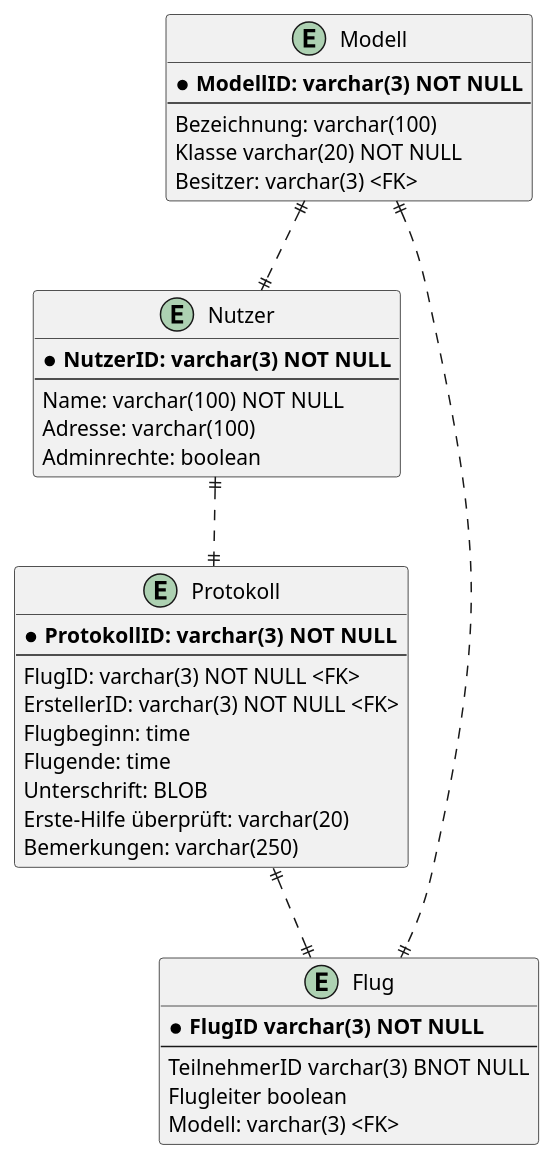
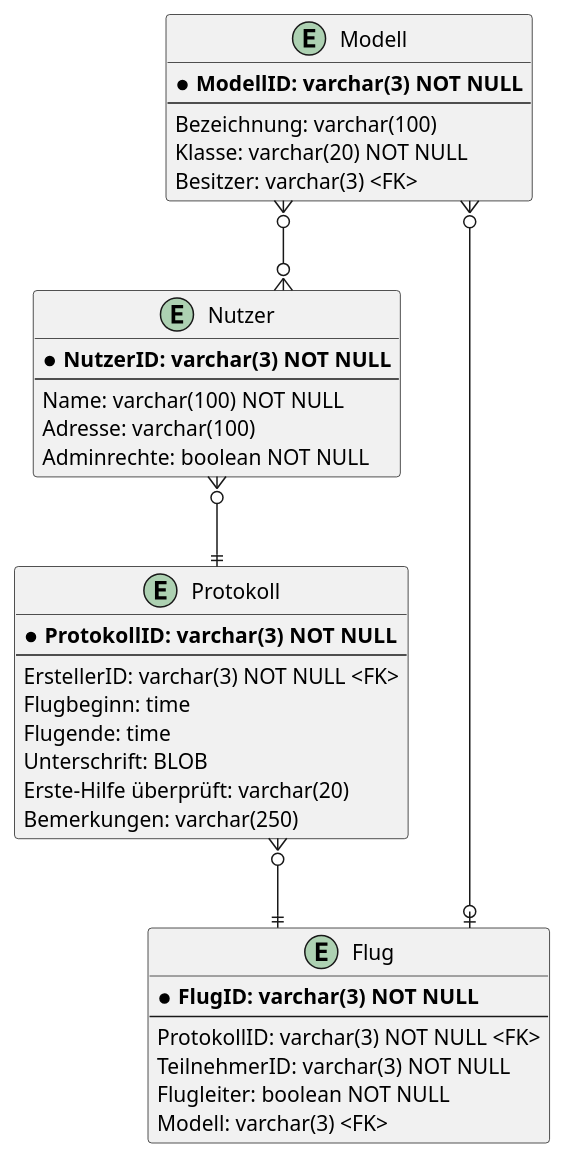
Before and after one commit to jakobkmar/E09-modellflug-logbuch: the diagram in docs/architecture/SQL-schema.adoc, drawn with PlantUML. The commit also changed other lines of this file, not shown here.

Commit message:
SQL Schema completed

```diff
--- a/docs/architecture/SQL-schema.adoc
+++ b/docs/architecture/SQL-schema.adoc
@@ -6,43 +13,45 @@
 [plantuml, "{diagramsdir}/SQL-Schema", svg]
 ....
 @startuml
+skinparam linetype ortho
+
 entity "Nutzer" as e01 {
    * **NutzerID: varchar(3) NOT NULL**
    --
    Name: varchar(100) NOT NULL
    Adresse: varchar(100)
-   Adminrechte: boolean 
+   Adminrechte: boolean NOT NULL
 }
 entity "Protokoll" as e02 {
    * **ProtokollID: varchar(3) NOT NULL**
    --
-   FlugID: varchar(3) NOT NULL <FK>
    ErstellerID: varchar(3) NOT NULL <FK>
    Flugbeginn: time
    Flugende: time
    Unterschrift: BLOB
    Erste-Hilfe überprüft: varchar(20)
    Bemerkungen: varchar(250)
 }
 entity "Flug" as e03 {
-    * **FlugID varchar(3) NOT NULL**
+    * **FlugID: varchar(3) NOT NULL**
     --
-    TeilnehmerID varchar(3) BNOT NULL
-    Flugleiter boolean
+    ProtokollID: varchar(3) NOT NULL <FK>
+    TeilnehmerID: varchar(3) NOT NULL
+    Flugleiter: boolean NOT NULL
     Modell: varchar(3) <FK>
 }
 entity "Modell" as e04 {
     * **ModellID: varchar(3) NOT NULL**
     --
     Bezeichnung: varchar(100)
-    Klasse varchar(20) NOT NULL
+    Klasse: varchar(20) NOT NULL
     Besitzer: varchar(3) <FK>
 }
 
-e01 ||..|| e02
-e02 ||..|| e03
-e04 ||..|| e01
-e04 ||..|| e03
+e01 }o--|| e02
+e02 }o--|| e03
+e04 }o--o{ e01
+e04 }o--o| e03
 @enduml
 
 ....
```
